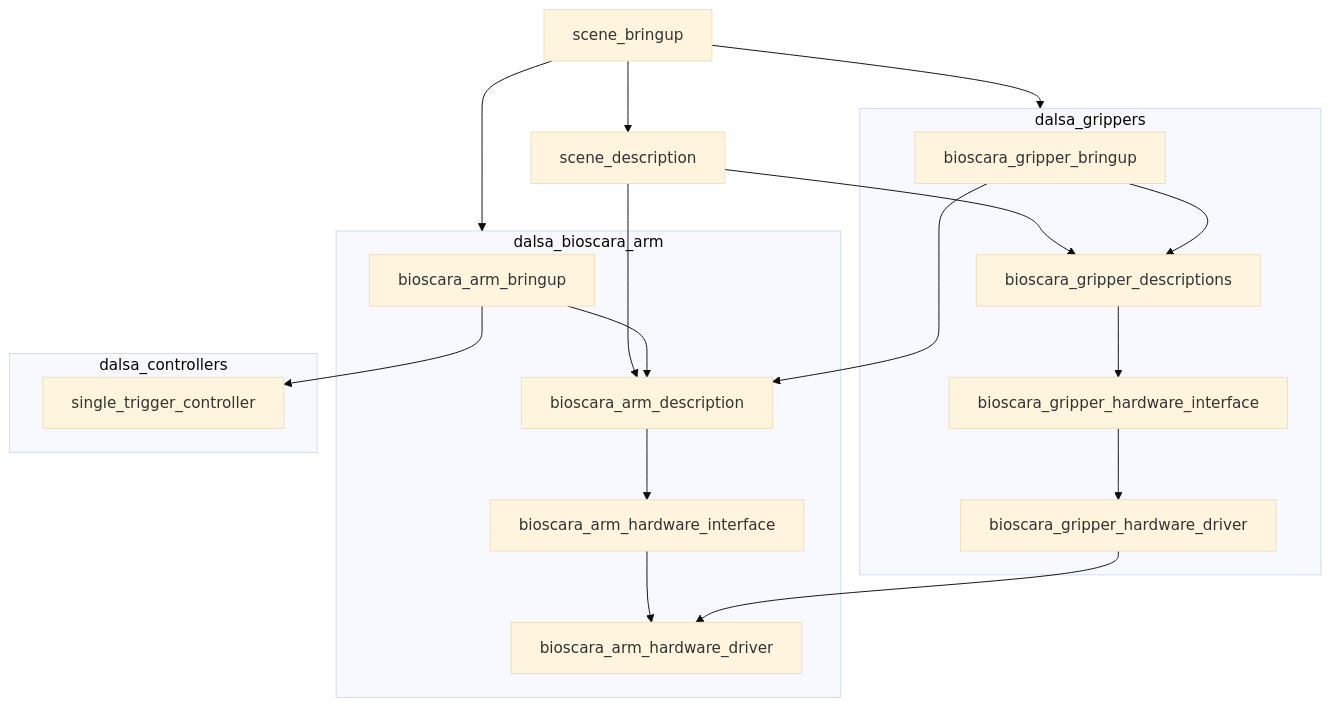
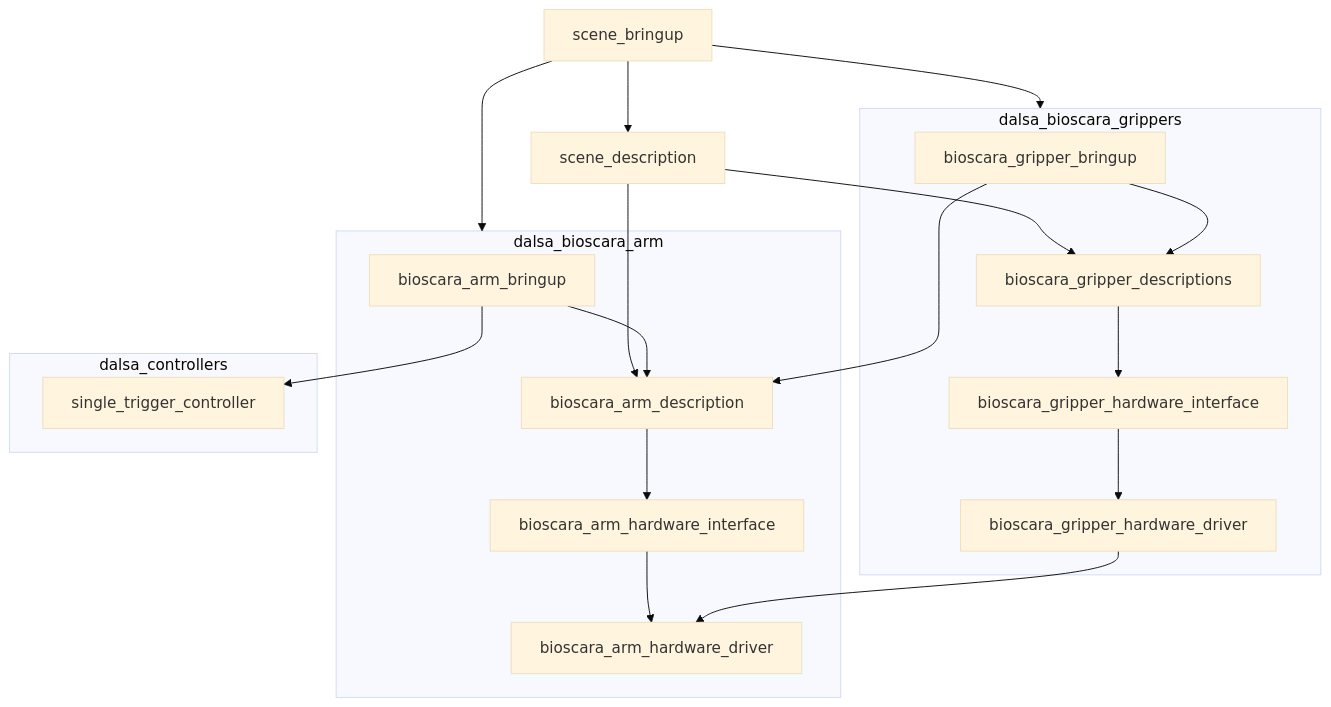
Before and after one commit to DALSA-Lab/DTU-Scara-Robot: the third of 3 diagrams in ROS2/ros2_scara_ws/src/README.md, drawn with Mermaid (base theme). The commit also changed other lines of this file and 9 other files, not shown here.

````diff
--- a/ROS2/ros2_scara_ws/src/README.md
+++ b/ROS2/ros2_scara_ws/src/README.md
@@ -28,28 +257,28 @@
 ```mermaid
 flowchart TB
  subgraph dalsa_bioscara_arm["dalsa_bioscara_arm"]
         bioscara_arm_bringup["bioscara_arm_bringup"]
         bioscara_arm_description["bioscara_arm_description"]
         bioscara_arm_hardware_interface["bioscara_arm_hardware_interface"]
         bioscara_arm_hardware_driver["bioscara_arm_hardware_driver"]
   end
- subgraph dalsa_grippers["dalsa_grippers"]
+ subgraph dalsa_bioscara_grippers["dalsa_bioscara_grippers"]
         bioscara_gripper_bringup["bioscara_gripper_bringup"]
         bioscara_gripper_description["bioscara_gripper_descriptions"]
         bioscara_gripper_hardware_driver["bioscara_gripper_hardware_driver"]
         bioscara_gripper_hardware_interface["bioscara_gripper_hardware_interface"]
   end
  subgraph dalsa_controllers["dalsa_controllers"]
         single_trigger_controller["single_trigger_controller"]
   end
     scene_description["scene_description"] --> bioscara_arm_description & bioscara_gripper_description
-    scene_bringup["scene_bringup"] --> scene_description & dalsa_bioscara_arm & dalsa_grippers
+    scene_bringup["scene_bringup"] --> scene_description & dalsa_bioscara_arm & dalsa_bioscara_grippers
     bioscara_arm_bringup --> single_trigger_controller & bioscara_arm_description
     bioscara_arm_description --> bioscara_arm_hardware_interface
     bioscara_arm_hardware_interface --> bioscara_arm_hardware_driver
     bioscara_gripper_bringup --> bioscara_arm_description & bioscara_gripper_description
     bioscara_gripper_hardware_driver --> bioscara_arm_hardware_driver
     bioscara_gripper_description --> bioscara_gripper_hardware_interface
     bioscara_gripper_hardware_interface --> bioscara_gripper_hardware_driver
 
 ```
````
